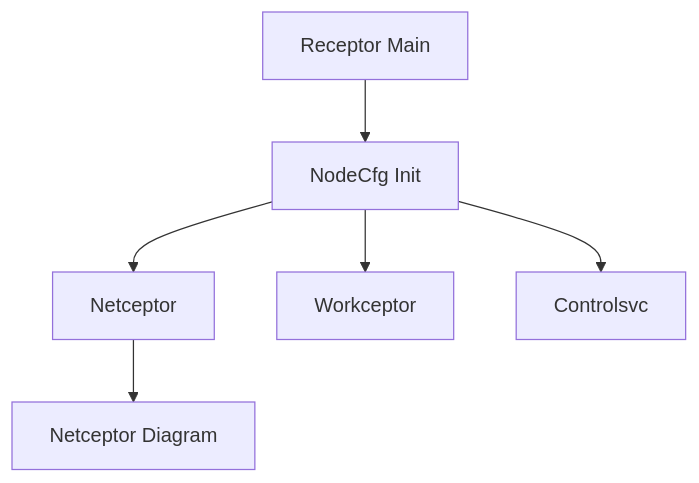
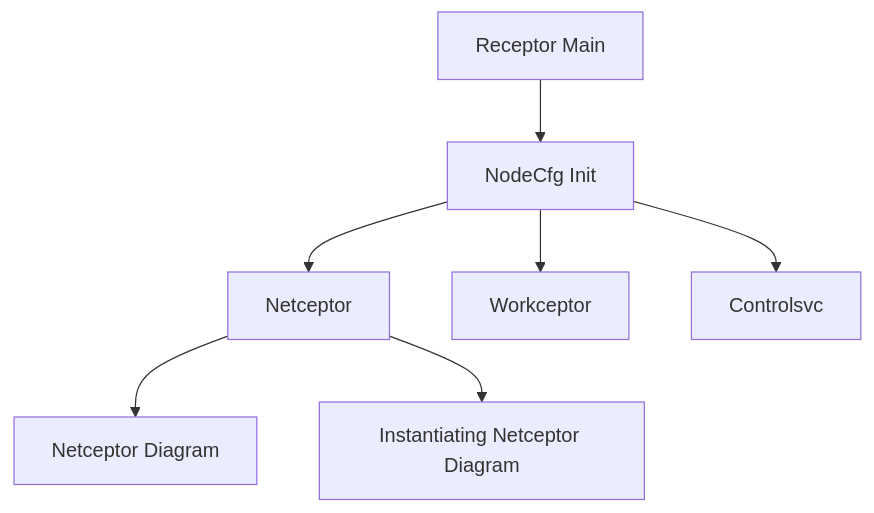
One commit to ansible/receptor changed the diagram in docs/diagrams/Main.md. Above: the diagram before and after it, drawn with Mermaid. The commit also changed 2 other files, not shown here.

Commit message:
Add InstantiatingNetceptor diagram

````diff
--- a/docs/diagrams/Main.md
+++ b/docs/diagrams/Main.md
@@ -1,18 +1,19 @@
 ```mermaid
 flowchart TD
 Main[Receptor Main] --> NodeCfgInit[NodeCfg Init] 
 NodeCfgInit --> Netceptor[Netceptor]
 NodeCfgInit --> Workceptor[Workceptor]
 NodeCfgInit --> Controlsvc[Controlsvc]
 Netceptor --> NetceptorDiagram[Netceptor Diagram]
-Netceptor 
+Netceptor --> InstantiatingNetceptor[Instantiating Netceptor Diagram]
 
 click Main "https://github.com/ansible/receptor/blob/devel/cmd/receptor-cl/receptor.go#L49" _blank
-click Init "https://github.com/ansible/receptor/blob/devel/pkg/types/main.go#L21" _blank
+click NodeCfgInit "https://github.com/ansible/receptor/blob/devel/pkg/types/main.go#L21" _blank
 click Netceptor "https://github.com/ansible/receptor/blob/devel/pkg/netceptor/netceptor.go#L385" _blank
 click Controlsvc "https://github.com/ansible/receptor/blob/devel/pkg/controlsvc/controlsvc.go#L161" _blank
 click Workceptor "https://github.com/ansible/receptor/blob/devel/pkg/workceptor/workceptor.go#L72" _blank
 
 click NetceptorDiagram "https://github.com/ansible/receptor/blob/devel/docs/diagrams/Netceptor/Netceptor.md" _blank
+click InstantiatingNetceptorDiagram "https://github.com/ansible/receptor/blob/devel/docs/diagrams/Netceptor/InstantiatingNetceptor.md" _blank
 
 ```
````
